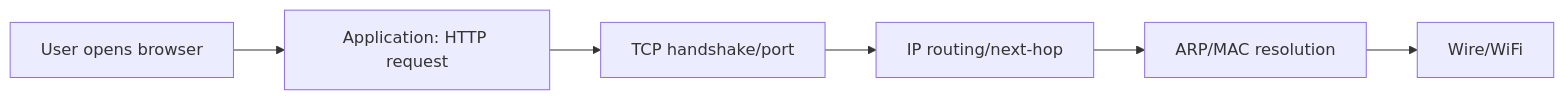
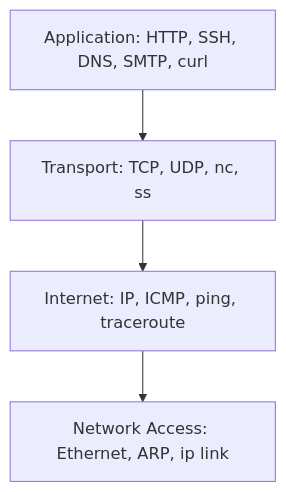
One commit to Sagar2366/LearnWithSagar changed the second of 2 diagrams in DailyChallenges/Season2/Day15/challenge.md. Above: the diagram before and after it, drawn with Mermaid. The commit also changed other lines of this file, not shown here.

````diff
--- a/DailyChallenges/Season2/Day15/challenge.md
+++ b/DailyChallenges/Season2/Day15/challenge.md
@@ -117,8 +69,8 @@
 ```mermaid
-flowchart LR
-    UserAction[User opens browser] --> App[Application: HTTP request]
-    App --> Transport[TCP handshake/port]
-    Transport --> Network[IP routing/next-hop]
-    Network --> Link[ARP/MAC resolution]
-    Link --> Physical[Wire/WiFi]
+flowchart TD
+    App[Application: HTTP, SSH, DNS, SMTP, curl]
+    Trans[Transport: TCP, UDP, nc, ss]
+    Net[Internet: IP, ICMP, ping, traceroute]
+    Link[Network Access: Ethernet, ARP, ip link]
+    App --> Trans --> Net --> Link
 ```
````
